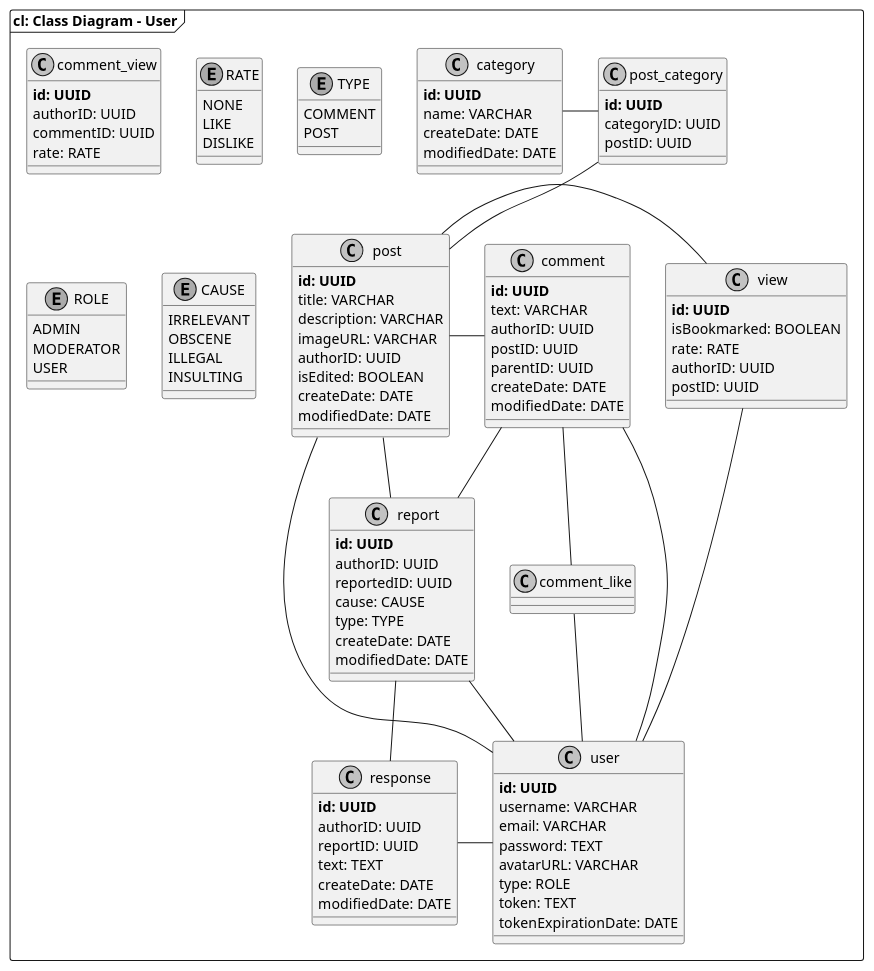
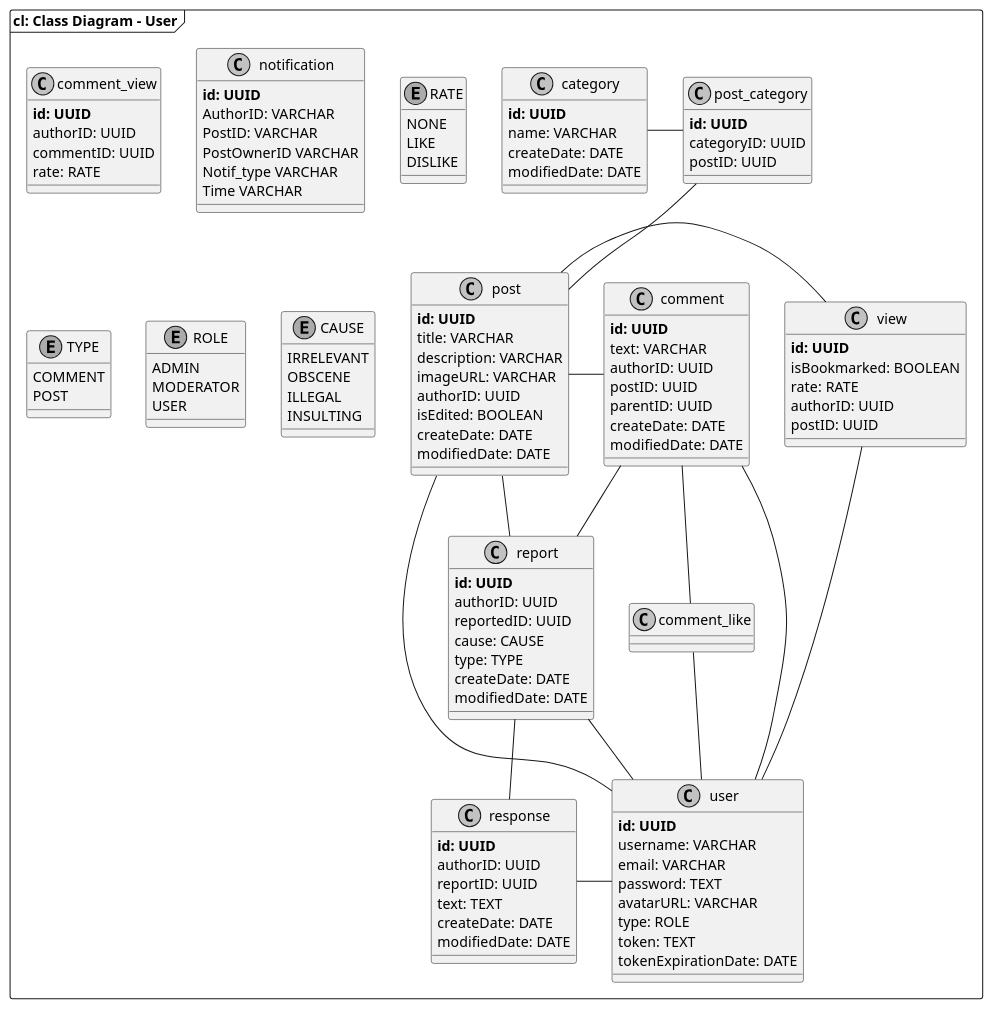
The diagram in data/sql/diagram-class.puml (steb1/forum), drawn with PlantUML before and after one commit. The commit also changed 7 other files, not shown here.

```diff
--- a/data/sql/diagram-class.puml
+++ b/data/sql/diagram-class.puml
@@ -2,128 +2,137 @@
 @startuml "user-class-diagram"
 skinparam shadowing false
 skinparam monochrome true
 skinparam component {
     FontSize 20
 }
 
 frame "cl: Class Diagram - User" {
     class user {
         **id: UUID**
         username: VARCHAR
         email: VARCHAR
         password: TEXT
         avatarURL: VARCHAR
         type: ROLE
         token: TEXT
         tokenExpirationDate: DATE
     }
 
     class post {
         **id: UUID**
         title: VARCHAR
         description: VARCHAR
         imageURL: VARCHAR
         authorID: UUID
         isEdited: BOOLEAN
         createDate: DATE
         modifiedDate: DATE
     }
 
     class report {
         **id: UUID**
         authorID: UUID
         reportedID: UUID
         cause: CAUSE
         type: TYPE
         createDate: DATE
         modifiedDate: DATE
     }
 
     class response {
         **id: UUID**
         authorID: UUID
         reportID: UUID
         text: TEXT
         createDate: DATE
         modifiedDate: DATE
     }
 
     class view {
         **id: UUID**
         isBookmarked: BOOLEAN
         rate: RATE
         authorID: UUID
         postID: UUID
     }
 
     class comment_view {
         **id: UUID**
         authorID: UUID
         commentID: UUID
         rate: RATE
     }
 
     class comment {
         **id: UUID**
         text: VARCHAR
         authorID: UUID
         postID: UUID
         parentID: UUID
         createDate: DATE
         modifiedDate: DATE
     }
 
     class post_category {
         **id: UUID**
         categoryID: UUID
         postID: UUID
     }
 
     class category {
         **id: UUID**
         name: VARCHAR
         createDate: DATE
         modifiedDate: DATE
     }
 
+    class notification {
+        **id: UUID**
+        AuthorID: VARCHAR
+        PostID: VARCHAR
+        PostOwnerID VARCHAR
+        Notif_type VARCHAR
+        Time VARCHAR
+    }
+
     enum RATE {
         NONE
         LIKE
         DISLIKE
     }
 
     enum TYPE {
         COMMENT
         POST
     }
 
     enum ROLE {
         ADMIN
         MODERATOR
         USER
     }
 
     enum CAUSE {
         IRRELEVANT
         OBSCENE
         ILLEGAL
         INSULTING
     }
 
     user -up- view
     user -up- comment
     user -up- comment_like
     user -up- report
     user -up- post
     report -up- comment
     report -up- post
     report -right- response
     user -left- response
     comment_like -up- comment
     comment -left- post
     view -right- post
     post -up- post_category
     post_category -left- category
 }
 
 @enduml
```
